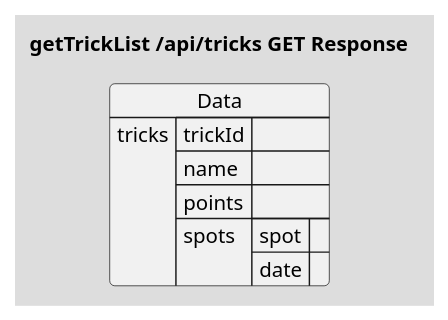
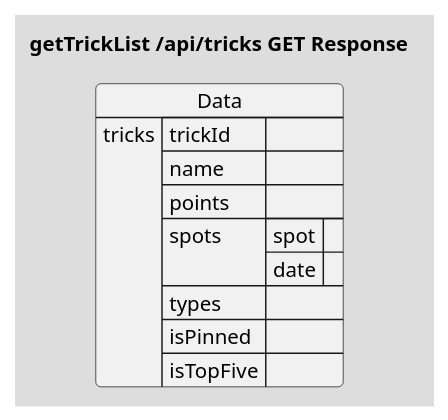
Before and after one commit to crah-app/diagrams: the second of 2 diagrams in api/src/Tricks/GET/getTrickList.puml, drawn with PlantUML. The commit also changed 2 other files, not shown here.

```diff
--- a/api/src/Tricks/GET/getTrickList.puml
+++ b/api/src/Tricks/GET/getTrickList.puml
@@ -33,21 +33,24 @@
 @startuml getTrickList-Response
 !theme toy
 skinparam linetype ortho
 title "getTrickList /api/tricks GET Response"
 
 json Data {
     "tricks": [
         {
             "trickId": "",
             "name": "",
             "points": "",
             "spots": [
                 {
                     "spot": "",
                     "date": ""
                 }
-            ]
+            ],
+            "types": [],
+            "isPinned": "",
+            "isTopFive": ""
         }
     ]
 }
 @enduml
```
